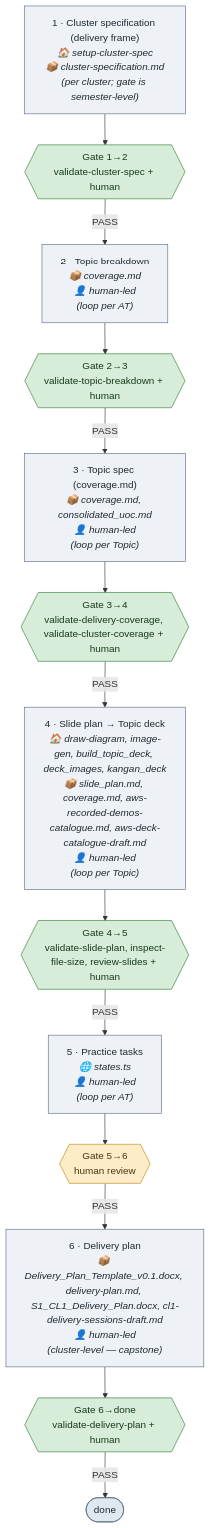
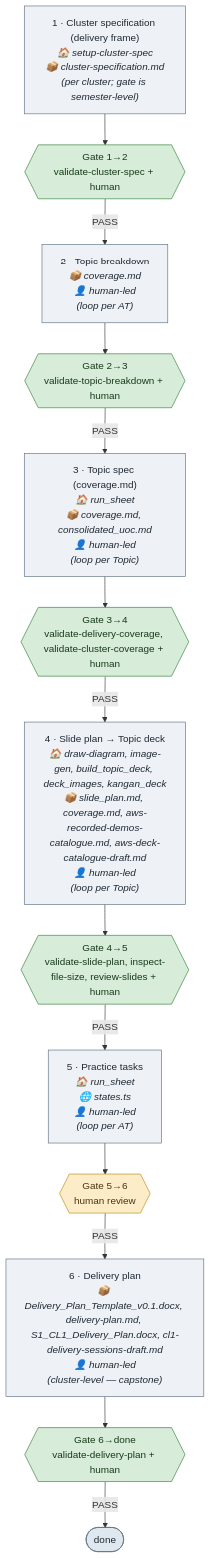
Before and after one commit to Digital-Initiatives-Kangan-Institute/diploma-cloud-cyber-umbrella: the diagram in docs/process-maps/delivery.md, drawn with Mermaid. The commit also changed other lines of this file and 6 other files, not shown here.

````diff
--- a/docs/process-maps/delivery.md
+++ b/docs/process-maps/delivery.md
@@ -9,33 +9,33 @@
 ```mermaid
 flowchart TD
   S1["1 · Cluster specification (delivery frame)<br/><i>🏠 setup-cluster-spec</i><br/><i>📦 cluster-specification.md</i><br/><i>(per cluster; gate is semester-level)</i>"]:::step
   S2["2 · Topic breakdown<br/><i>📦 coverage.md</i><br/><i>👤 human-led</i><br/><i>(loop per AT)</i>"]:::step
-  S3["3 · Topic spec (coverage.md)<br/><i>📦 coverage.md, consolidated_uoc.md</i><br/><i>👤 human-led</i><br/><i>(loop per Topic)</i>"]:::step
+  S3["3 · Topic spec (coverage.md)<br/><i>🏠 run_sheet</i><br/><i>📦 coverage.md, consolidated_uoc.md</i><br/><i>👤 human-led</i><br/><i>(loop per Topic)</i>"]:::step
   S4["4 · Slide plan → Topic deck<br/><i>🏠 draw-diagram, image-gen, build_topic_deck, deck_images, kangan_deck</i><br/><i>📦 slide_plan.md, coverage.md, aws-recorded-demos-catalogue.md, aws-deck-catalogue-draft.md</i><br/><i>👤 human-led</i><br/><i>(loop per Topic)</i>"]:::step
-  S5["5 · Practice tasks<br/><i>🌐 states.ts</i><br/><i>👤 human-led</i><br/><i>(loop per AT)</i>"]:::step
+  S5["5 · Practice tasks<br/><i>🏠 run_sheet</i><br/><i>🌐 states.ts</i><br/><i>👤 human-led</i><br/><i>(loop per AT)</i>"]:::step
   S6["6 · Delivery plan<br/><i>📦 Delivery_Plan_Template_v0.1.docx, delivery-plan.md, S1_CL1_Delivery_Plan.docx, cl1-delivery-sessions-draft.md</i><br/><i>👤 human-led</i><br/><i>(cluster-level — capstone)</i>"]:::step
   G1_2{{"Gate 1→2<br/>validate-cluster-spec + human"}}:::built
   G2_3{{"Gate 2→3<br/>validate-topic-breakdown + human"}}:::built
   G3_4{{"Gate 3→4<br/>validate-delivery-coverage, validate-cluster-coverage + human"}}:::built
   G4_5{{"Gate 4→5<br/>validate-slide-plan, inspect-file-size, review-slides + human"}}:::built
   G5_6{{"Gate 5→6<br/>human review"}}:::human
   G6_done{{"Gate 6→done<br/>validate-delivery-plan + human"}}:::built
   DONE(["done"]):::done
   S1 --> G1_2
   G1_2 -->|PASS| S2
   S2 --> G2_3
   G2_3 -->|PASS| S3
   S3 --> G3_4
   G3_4 -->|PASS| S4
   S4 --> G4_5
   G4_5 -->|PASS| S5
   S5 --> G5_6
   G5_6 -->|PASS| S6
   S6 --> G6_done
   G6_done -->|PASS| DONE
   classDef step fill:#eef2f7,stroke:#5b6b7f,color:#1f2933;
   classDef built fill:#d7ecd9,stroke:#2e7d32,color:#173a1a;
   classDef human fill:#fdecc8,stroke:#b8860b,color:#4a3510;
   classDef flag fill:#f6c6c6,stroke:#b71c1c,color:#4a1010;
   classDef done fill:#dfe7ef,stroke:#5b6b7f,color:#1f2933;
 ```
````
